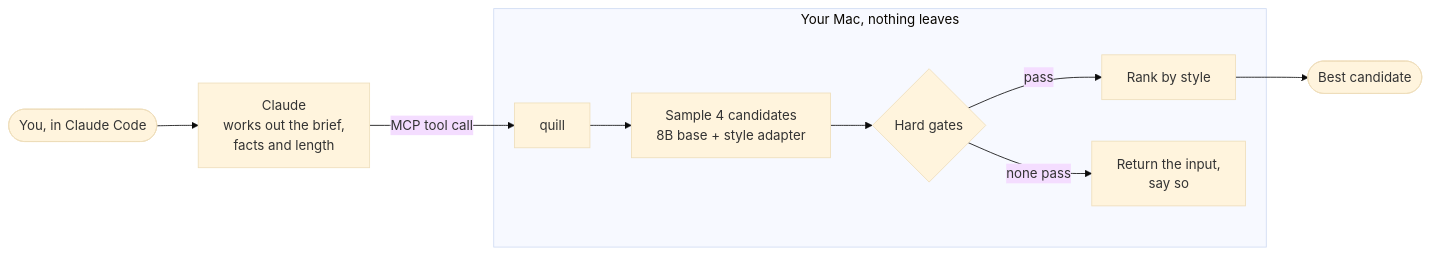
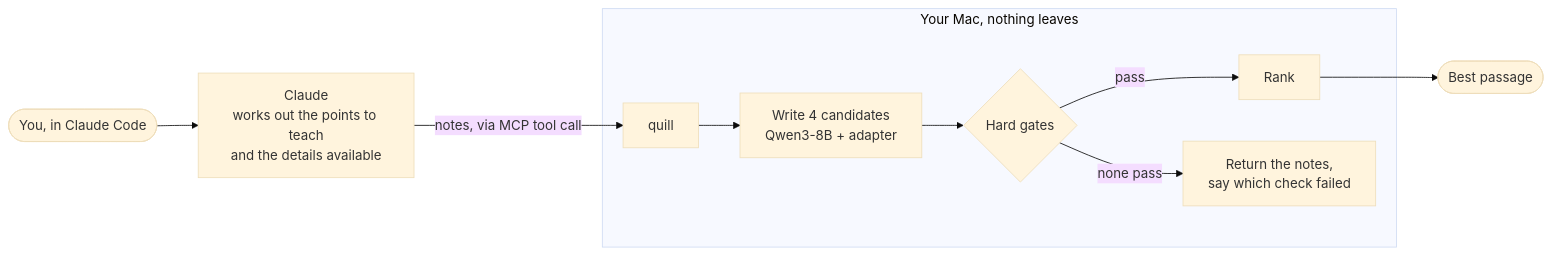
Before and after one commit to anatu/quill: the first of 2 diagrams in README.md, drawn with Mermaid (base theme). The commit also changed other lines of this file and 34 other files, not shown here.

````diff
--- a/README.md
+++ b/README.md
@@ -100,12 +51,12 @@
 ```mermaid
 flowchart LR
-    U([You, in Claude Code]) --> C[Claude<br/>works out the brief,<br/>facts and length]
-    C -->|MCP tool call| Q[quill]
+    U([You, in Claude Code]) --> C[Claude<br/>works out the points to teach<br/>and the details available]
+    C -->|notes, via MCP tool call| Q[quill]
     subgraph Mac [Your Mac, nothing leaves]
-        Q --> S[Sample 4 candidates<br/>8B base + style adapter]
+        Q --> S[Write 4 candidates<br/>Qwen3-8B + adapter]
         S --> G{Hard gates}
-        G -->|pass| R[Rank by style]
-        G -->|none pass| F[Return the input,<br/>say so]
+        G -->|pass| R[Rank]
+        G -->|none pass| F[Return the notes,<br/>say which check failed]
     end
-    R --> O([Best candidate])
+    R --> O([Best passage])
 ```
````
